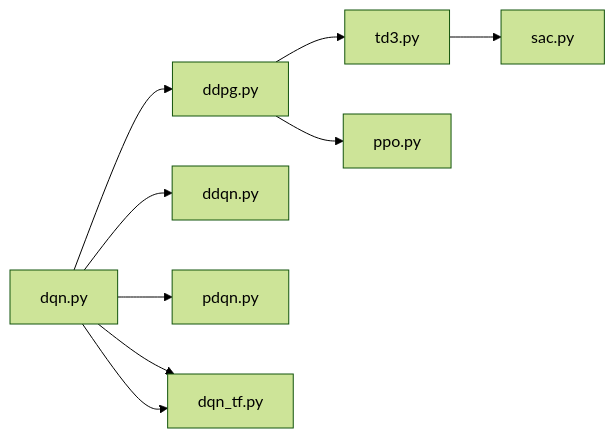
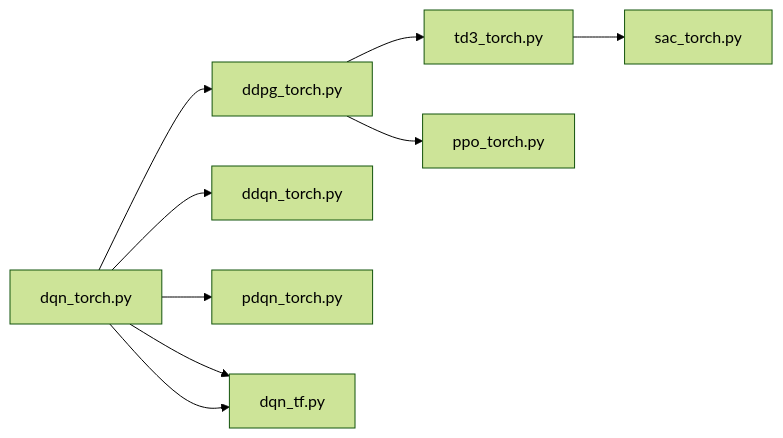
Before and after one commit to sdpkjc/abcdrl: the diagram in docs/features.en.md, drawn with Mermaid (forest theme). The commit also changed 27 other files, not shown here.

````diff
--- a/docs/features.en.md
+++ b/docs/features.en.md
@@ -12,11 +12,11 @@
     ``` mermaid
     graph LR
-    A[dqn.py] -->B[ddpg.py];
-    B -->C[td3.py];
-    C -->D[sac.py];
-    B -->E[ppo.py];
-    A -->F[ddqn.py];
-    A -->G[pdqn.py];
-    A -->H[dqn_atari.py];
+    A[dqn_torch.py] -->B[ddpg_torch.py];
+    B -->C[td3_torch.py];
+    C -->D[sac_torch.py];
+    B -->E[ppo_torch.py];
+    A -->F[ddqn_torch.py];
+    A -->G[pdqn_torch.py];
+    A -->H[dqn_atari_torch.py];
     A -->H[dqn_tf.py];
     ```
````
